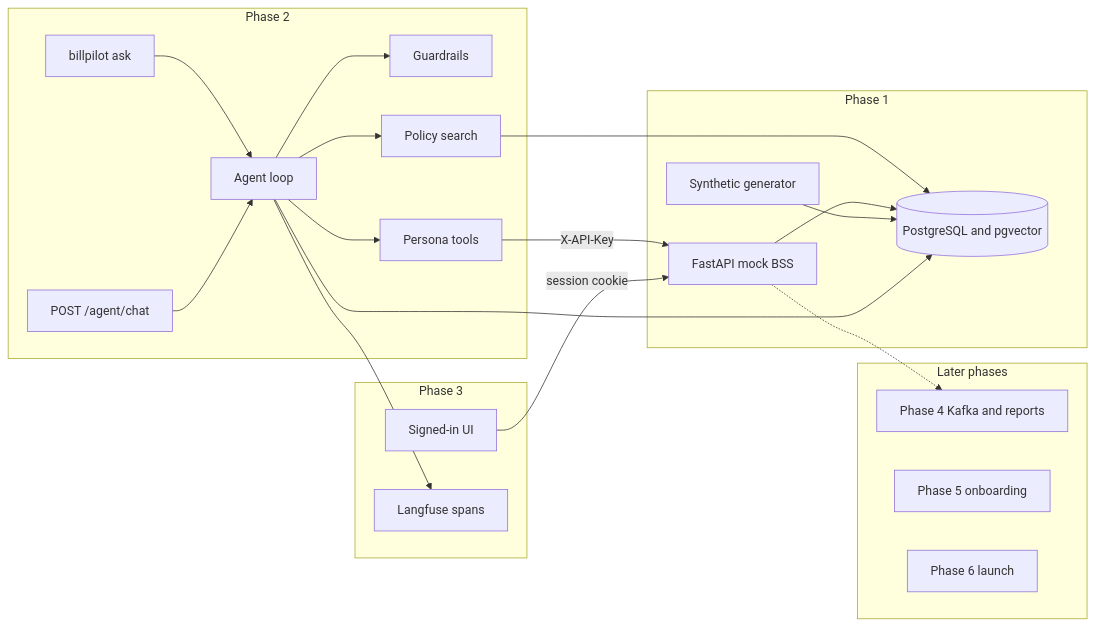
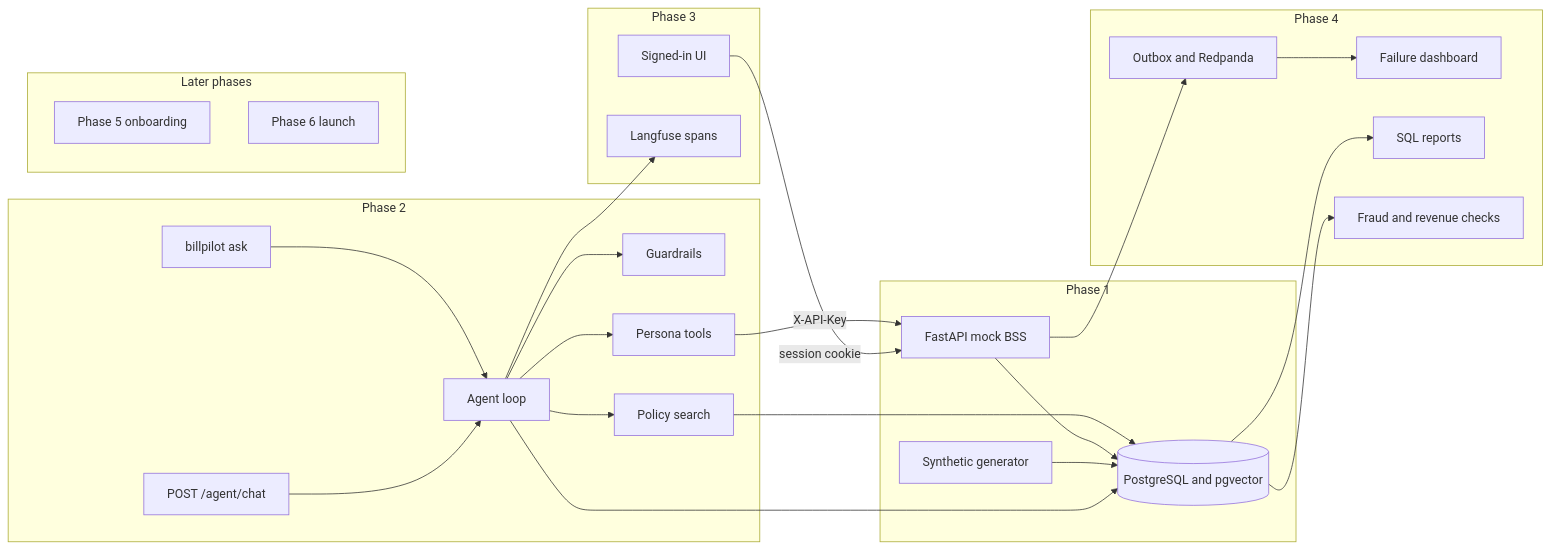
Before and after one commit to ajay206/billpilot: the diagram in README.md, drawn with Mermaid. The commit also changed other lines of this file and 70 other files, not shown here.

First line of the commit message:
Phase 4: events, failure dashboard, reports, and CSR troubleshooting (#5)

````diff
--- a/README.md
+++ b/README.md
@@ -15,38 +15,46 @@
 ```mermaid
 flowchart LR
   subgraph phase2 [Phase 2]
     CLI[billpilot ask]
     Chat[POST /agent/chat]
     Loop[Agent loop]
     Guard[Guardrails]
     Tools[Persona tools]
     RAG[Policy search]
   end
   subgraph phase1 [Phase 1]
     API[FastAPI mock BSS]
     DB[(PostgreSQL and pgvector)]
     Gen[Synthetic generator]
   end
   subgraph phase3 [Phase 3]
     UI[Signed-in UI]
     Trace[Langfuse spans]
   end
+  subgraph phase4 [Phase 4]
+    Broker[Outbox and Redpanda]
+    Failures[Failure dashboard]
+    Reports[SQL reports]
+    Checks[Fraud and revenue checks]
+  end
   subgraph later [Later phases]
-    Broker["Phase 4 Kafka and reports"]
     Onboard[Phase 5 onboarding]
     Launch[Phase 6 launch]
   end
   CLI --> Loop
   Chat --> Loop
   Loop --> Guard
   Loop --> Tools
   Loop --> RAG
   Tools -->|X-API-Key| API
   RAG --> DB
   API --> DB
   Gen --> DB
   Loop --> DB
   UI -->|session cookie| API
   Loop --> Trace
-  API -.-> Broker
+  API --> Broker
+  Broker --> Failures
+  DB --> Reports
+  DB --> Checks
 ```
````
